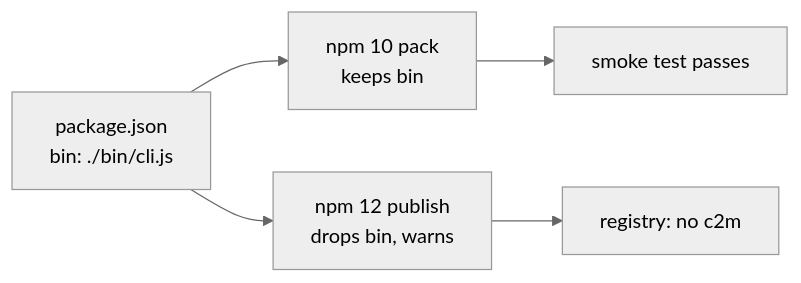
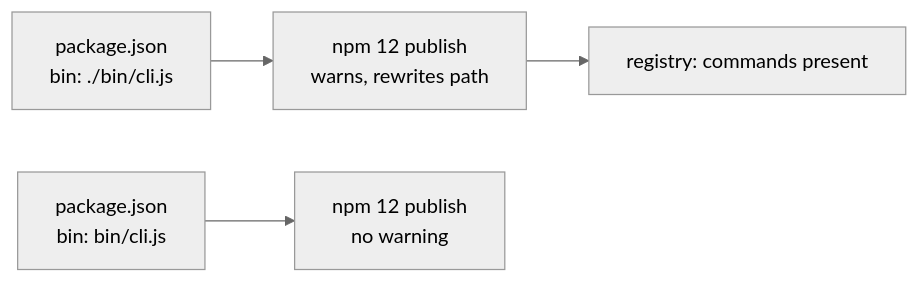
The diagram in releases/v0.2.1.md (luutuankiet/clipboard2markdown), drawn with Mermaid (neutral theme) before and after one commit. The commit also changed other lines of this file and 1 other file, not shown here.

````diff
--- a/releases/v0.2.1.md
+++ b/releases/v0.2.1.md
@@ -19,5 +19,6 @@
 ```mermaid
 flowchart LR
-  P["package.json<br/>bin: ./bin/cli.js"] --> N10[npm 10 pack<br/>keeps bin] --> S[smoke test passes]
-  P --> N12[npm 12 publish<br/>drops bin, warns] --> R[registry: no c2m]
+  P["package.json<br/>bin: ./bin/cli.js"] --> N12["npm 12 publish<br/>warns, rewrites path"]
+  N12 --> R[registry: commands present]
+  F["package.json<br/>bin: bin/cli.js"] --> Q[npm 12 publish<br/>no warning]
 ```
````
